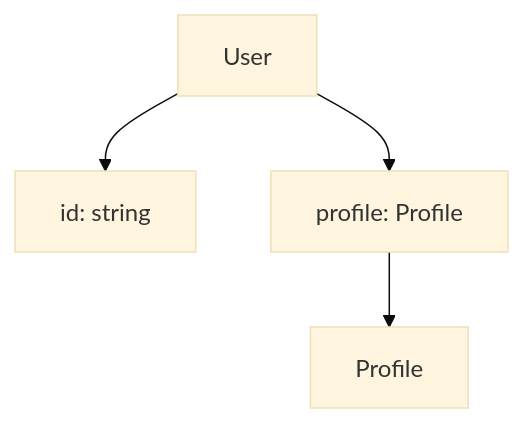
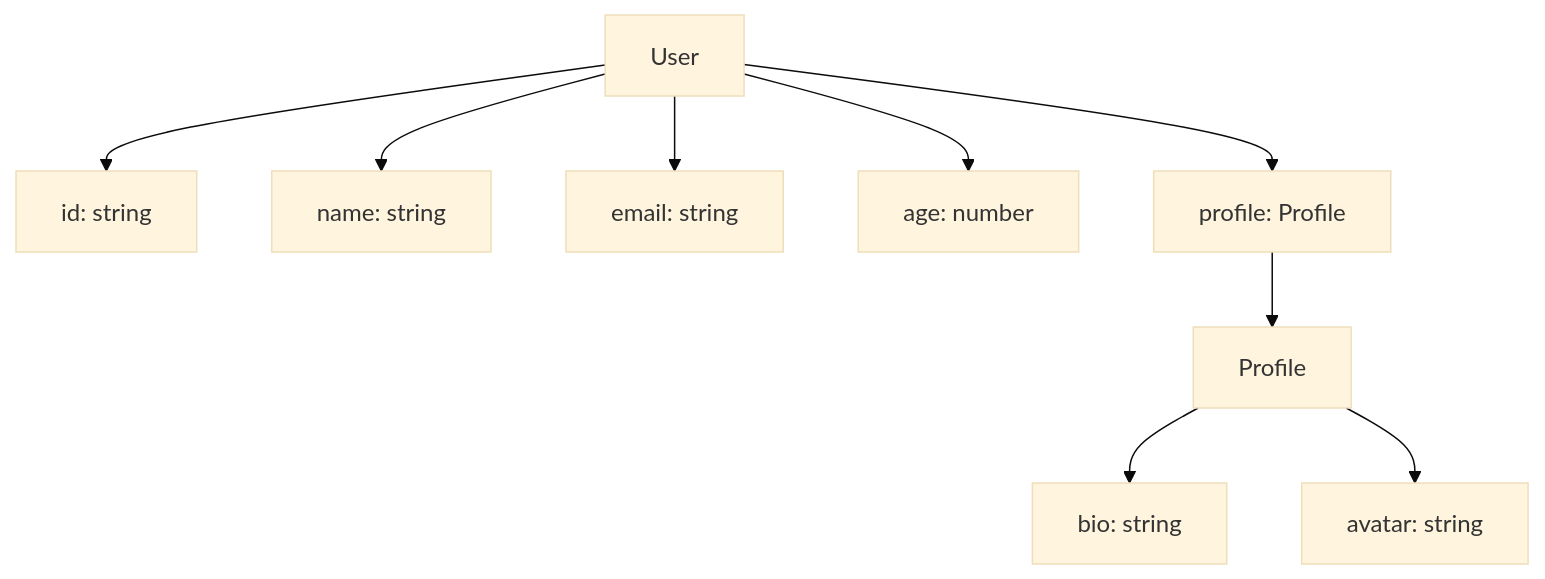
One commit to kothar/zod-mermaid changed the third of 10 diagrams in README.md. Above: the diagram before and after it, drawn with Mermaid (base theme). The commit also changed other lines of this file and 13 other files, not shown here.

First line of the commit message:
Enhance entity naming in Mermaid diagrams for discriminated unions (#3)

````diff
--- a/README.md
+++ b/README.md
@@ -172,10 +179,20 @@
 ```mermaid
 flowchart TD
     User["User"]
     Profile["Profile"]
     User_id["id: string"]
     User --> User_id["id: string"]
+    User_name["name: string"]
+    User --> User_name["name: string"]
+    User_email["email: string"]
+    User --> User_email["email: string"]
+    User_age["age: number"]
+    User --> User_age["age: number"]
     User_profile["profile: Profile"]
     User --> User_profile["profile: Profile"]
     User_profile["profile: Profile"] --> Profile
+    Profile_bio["bio: string"]
+    Profile --> Profile_bio["bio: string"]
+    Profile_avatar["avatar: string"]
+    Profile --> Profile_avatar["avatar: string"]
 ```
````
